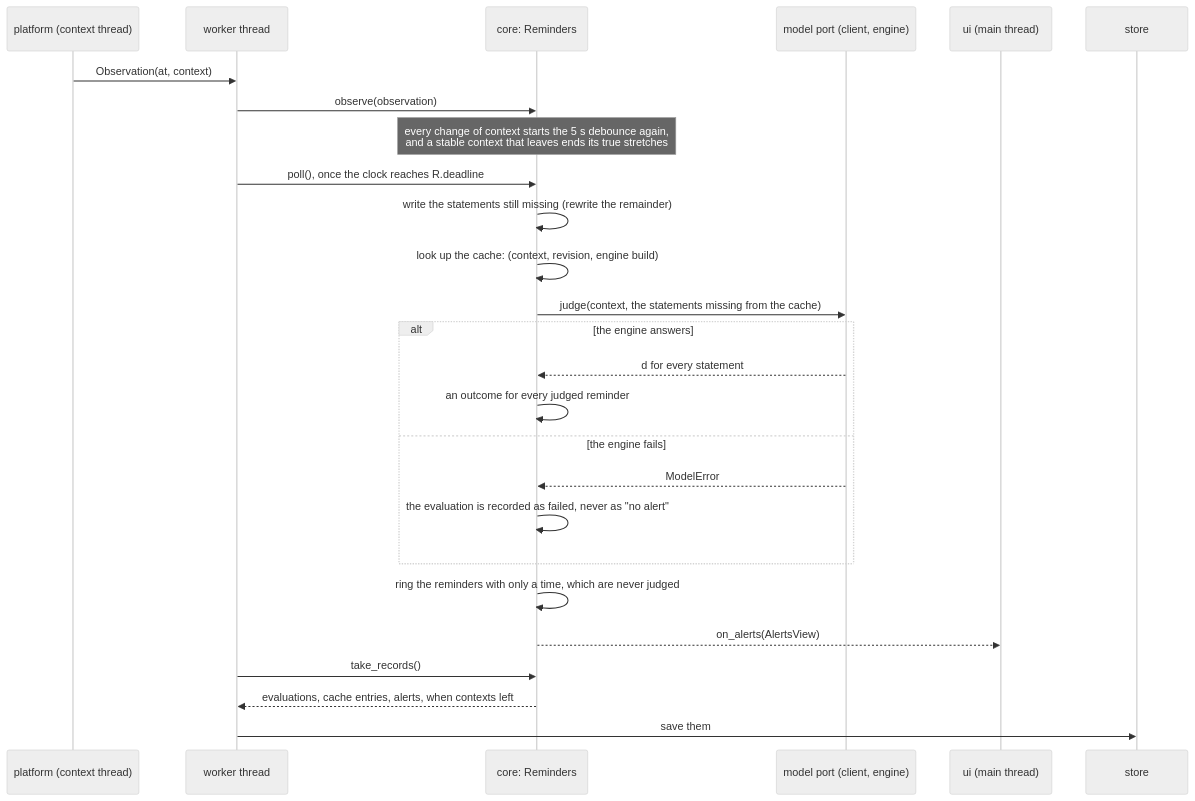
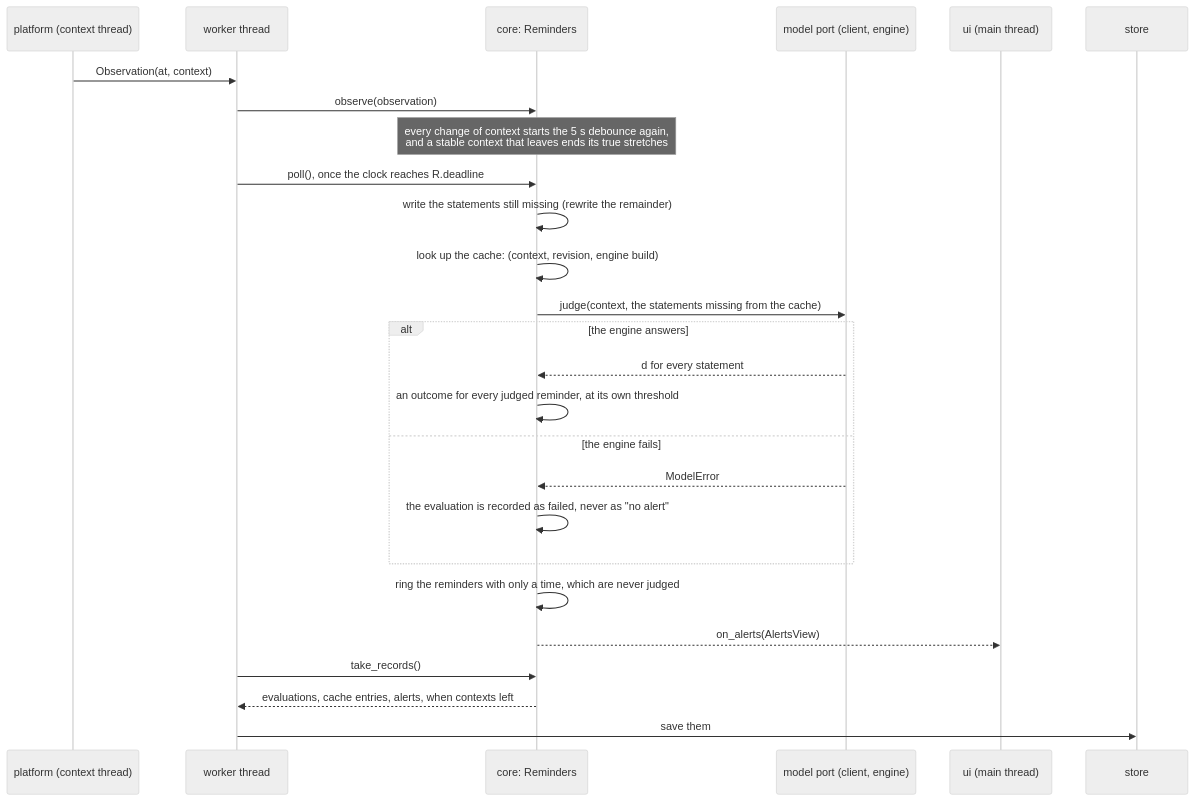
Before and after one commit to devfrx/jiffin: the diagram in docs/design/pipeline.md, drawn with Mermaid (neutral theme). The commit also changed other lines of this file and 8 other files, not shown here.

````diff
--- a/docs/design/pipeline.md
+++ b/docs/design/pipeline.md
@@ -10,29 +11,29 @@
 ```mermaid
 sequenceDiagram
     participant P as platform (context thread)
     participant W as worker thread
     participant R as core: Reminders
     participant M as model port (client, engine)
     participant U as ui (main thread)
     participant S as store
 
     P->>W: Observation(at, context)
     W->>R: observe(observation)
     Note over R: every change of context starts the 5 s debounce again,<br/>and a stable context that leaves ends its true stretches
     W->>R: poll(), once the clock reaches R.deadline
     R->>R: write the statements still missing (rewrite the remainder)
     R->>R: look up the cache: (context, revision, engine build)
     R->>M: judge(context, the statements missing from the cache)
     alt the engine answers
         M-->>R: d for every statement
-        R->>R: an outcome for every judged reminder
+        R->>R: an outcome for every judged reminder, at its own threshold
     else the engine fails
         M-->>R: ModelError
         R->>R: the evaluation is recorded as failed, never as "no alert"
     end
     R->>R: ring the reminders with only a time, which are never judged
     R-->>U: on_alerts(AlertsView)
     W->>R: take_records()
     R-->>W: evaluations, cache entries, alerts, when contexts left
     W->>S: save them
 ```
````
